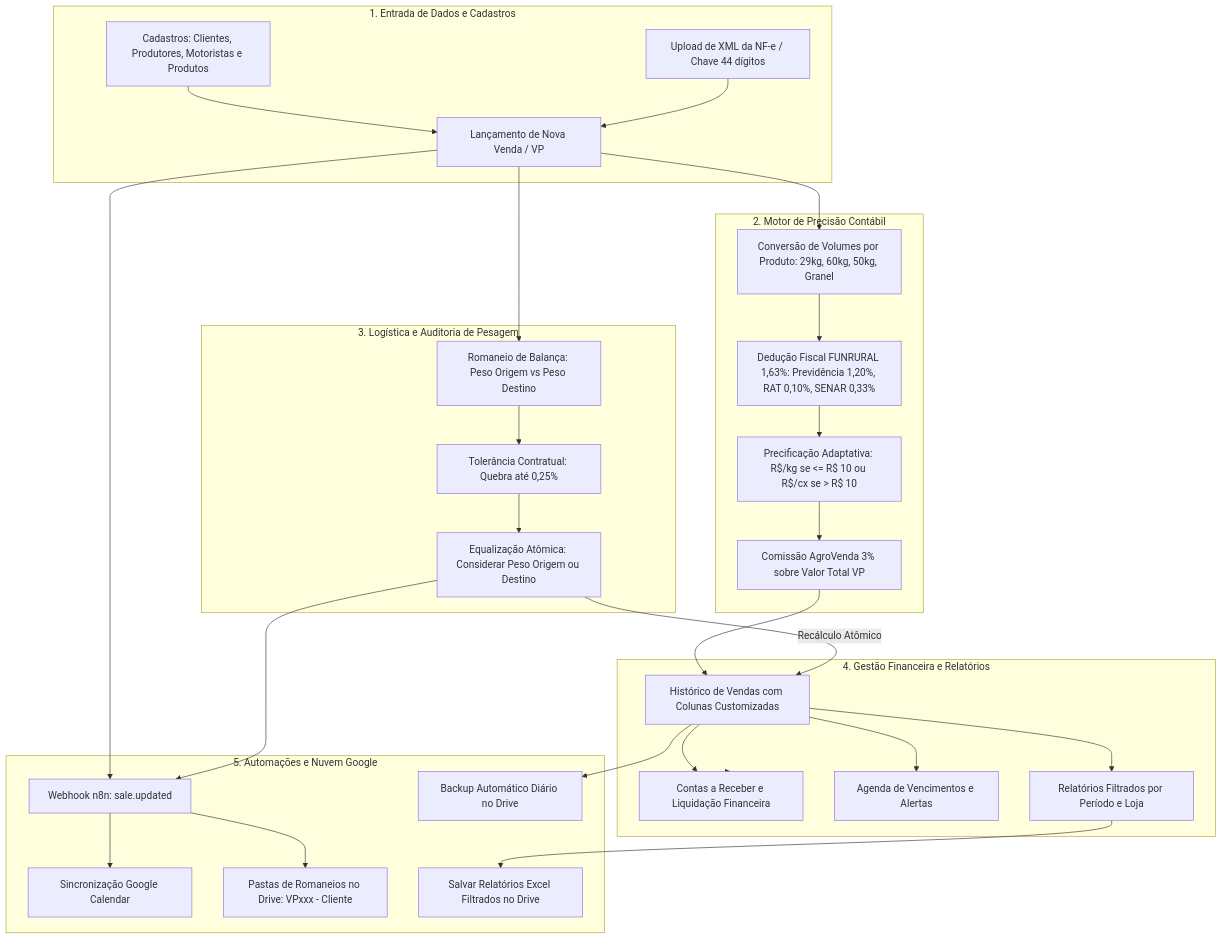
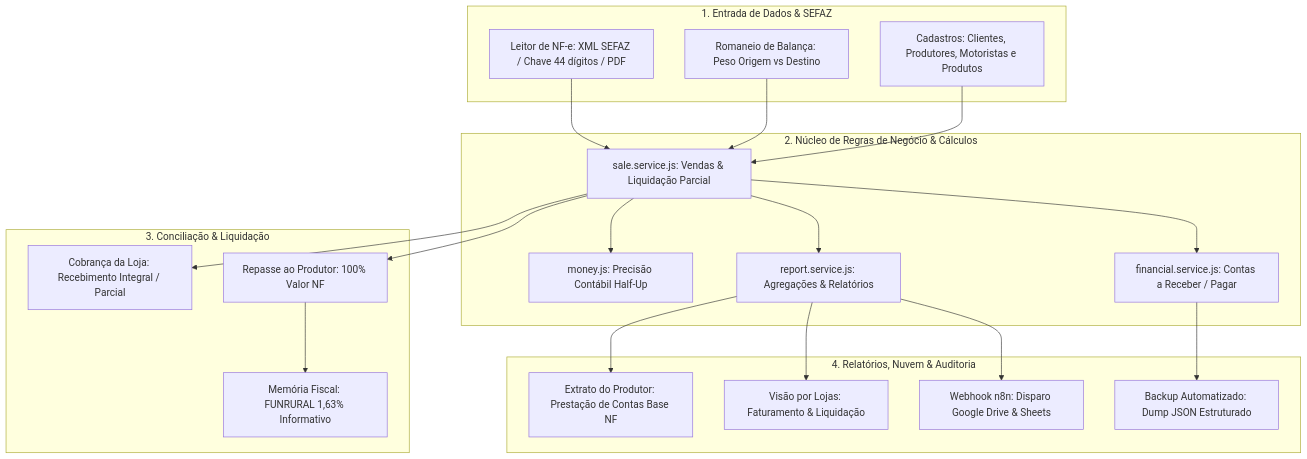
One commit to vagnerjms/Proj_AgroVendasV.2 changed the diagram in docs/FLUXO_GERAL_E_FUNCIONALIDADES_DO_SISTEMA.md. Above: the diagram before and after it, drawn with Mermaid. The commit also changed other lines of this file, not shown here.

Commit message:
docs: atualizar manual mestre de fluxo e funcionalidades para auditoria contabil e tecnica

````diff
--- a/docs/FLUXO_GERAL_E_FUNCIONALIDADES_DO_SISTEMA.md
+++ b/docs/FLUXO_GERAL_E_FUNCIONALIDADES_DO_SISTEMA.md
@@ -16,54 +22,42 @@
 ```mermaid
 flowchart TD
-    subgraph ENTRADA_DADOS [1. Entrada de Dados e Cadastros]
+    subgraph CAMADA_ENTRADA [1. Entrada de Dados & SEFAZ]
         CAD[Cadastros: Clientes, Produtores, Motoristas e Produtos]
-        XML[Upload de XML da NF-e / Chave 44 dígitos]
-        NEW_SALE[Lançamento de Nova Venda / VP]
+        NFE[Leitor de NF-e: XML SEFAZ / Chave 44 dígitos / PDF]
+        BAL[Romaneio de Balança: Peso Origem vs Destino]
     end
 
-    subgraph MOTOR_CALCULO [2. Motor de Precisão Contábil]
-        VOL[Conversão de Volumes por Produto: 29kg, 60kg, 50kg, Granel]
-        FUNRURAL[Dedução Fiscal FUNRURAL 1,63%: Previdência 1,20%, RAT 0,10%, SENAR 0,33%]
-        COTACAO[Precificação Adaptativa: R$/kg se <= R$ 10 ou R$/cx se > R$ 10]
-        COMISSAO[Comissão AgroVenda 3% sobre Valor Total VP]
+    subgraph CAMADA_SERVICOS [2. Núcleo de Regras de Negócio & Cálculos]
+        SALE_SRV[sale.service.js: Vendas & Liquidação Parcial]
+        MONEY_UTL[money.js: Precisão Contábil Half-Up]
+        REP_SRV[report.service.js: Agregações & Relatórios]
+        FIN_SRV[financial.service.js: Contas a Receber / Pagar]
     end
 
-    subgraph PESAGEM_LOGISTICA [3. Logística e Auditoria de Pesagem]
-        WEIGH[Romaneio de Balança: Peso Origem vs Peso Destino]
-        TOL[Tolerância Contratual: Quebra até 0,25%]
-        EQUALIZA[Equalização Atômica: Considerar Peso Origem ou Destino]
+    subgraph CAMADA_FINANCEIRA [3. Conciliação & Liquidação]
+        SETTLE_CLIENT[Cobrança da Loja: Recebimento Integral / Parcial]
+        SETTLE_PROD[Repasse ao Produtor: 100% Valor NF]
+        FUNRURAL_MEM[Memória Fiscal: FUNRURAL 1,63% Informativo]
     end
 
-    subgraph FINANCEIRO_RELATORIOS [4. Gestão Financeira e Relatórios]
-        HIST[Histórico de Vendas com Colunas Customizadas]
-        REC[Contas a Receber e Liquidação Financeira]
-        AGENDA[Agenda de Vencimentos e Alertas]
-        REP[Relatórios Filtrados por Período e Loja]
+    subgraph CAMADA_SAIDA [4. Relatórios, Nuvem & Auditoria]
+        EXP_PROD[Extrato do Produtor: Prestação de Contas Base NF]
+        EXP_LOJAS[Visão por Lojas: Faturamento & Liquidação]
+        N8N[Webhook n8n: Disparo Google Drive & Sheets]
+        BKP[Backup Automatizado: Dump JSON Estruturado]
     end
 
-    subgraph N8N_DRIVE [5. Automações e Nuvem Google]
-        N8N_WEBHOOK[Webhook n8n: sale.updated]
-        GCAL[Sincronização Google Calendar]
-        GDRIVE_PASTAS[Pastas de Romaneios no Drive: VPxxx - Cliente]
-        GDRIVE_REP[Salvar Relatórios Excel Filtrados no Drive]
-        BACKUP[Backup Automático Diário no Drive]
-    end
-
-    CAD --> NEW_SALE
-    XML --> NEW_SALE
-    NEW_SALE --> VOL --> FUNRURAL --> COTACAO --> COMISSAO
-    COMISSAO --> HIST
-    NEW_SALE --> WEIGH
-    WEIGH --> TOL
-    TOL --> EQUALIZA
-    EQUALIZA -- Recálculo Atômico --> HIST
-    HIST --> REC --> FINANCEIRO_RELATORIOS
-    HIST --> AGENDA
-    HIST --> REP
-    NEW_SALE --> N8N_WEBHOOK
-    EQUALIZA --> N8N_WEBHOOK
-    N8N_WEBHOOK --> GCAL
-    N8N_WEBHOOK --> GDRIVE_PASTAS
-    REP --> GDRIVE_REP
-    HIST --> BACKUP
+    NFE --> SALE_SRV
+    BAL --> SALE_SRV
+    CAD --> SALE_SRV
+    SALE_SRV --> MONEY_UTL
+    SALE_SRV --> SETTLE_CLIENT
+    SALE_SRV --> SETTLE_PROD
+    SETTLE_PROD --> FUNRURAL_MEM
+    SALE_SRV --> REP_SRV
+    SALE_SRV --> FIN_SRV
+    REP_SRV --> EXP_PROD
+    REP_SRV --> EXP_LOJAS
+    REP_SRV --> N8N
+    FIN_SRV --> BKP
 ```
````
